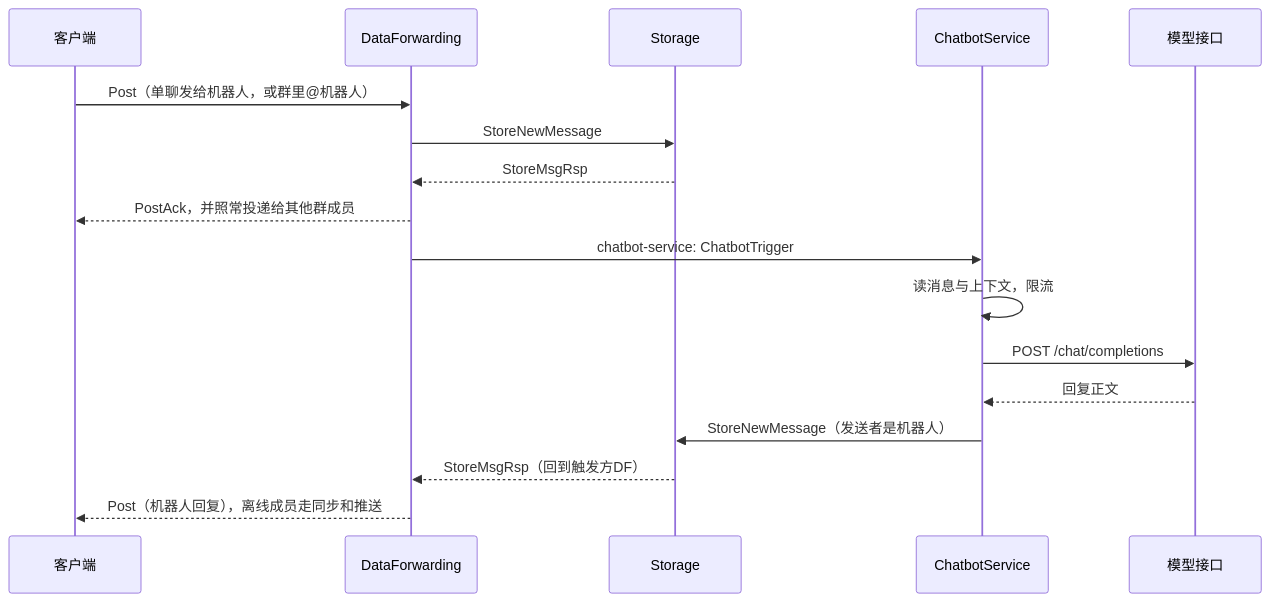
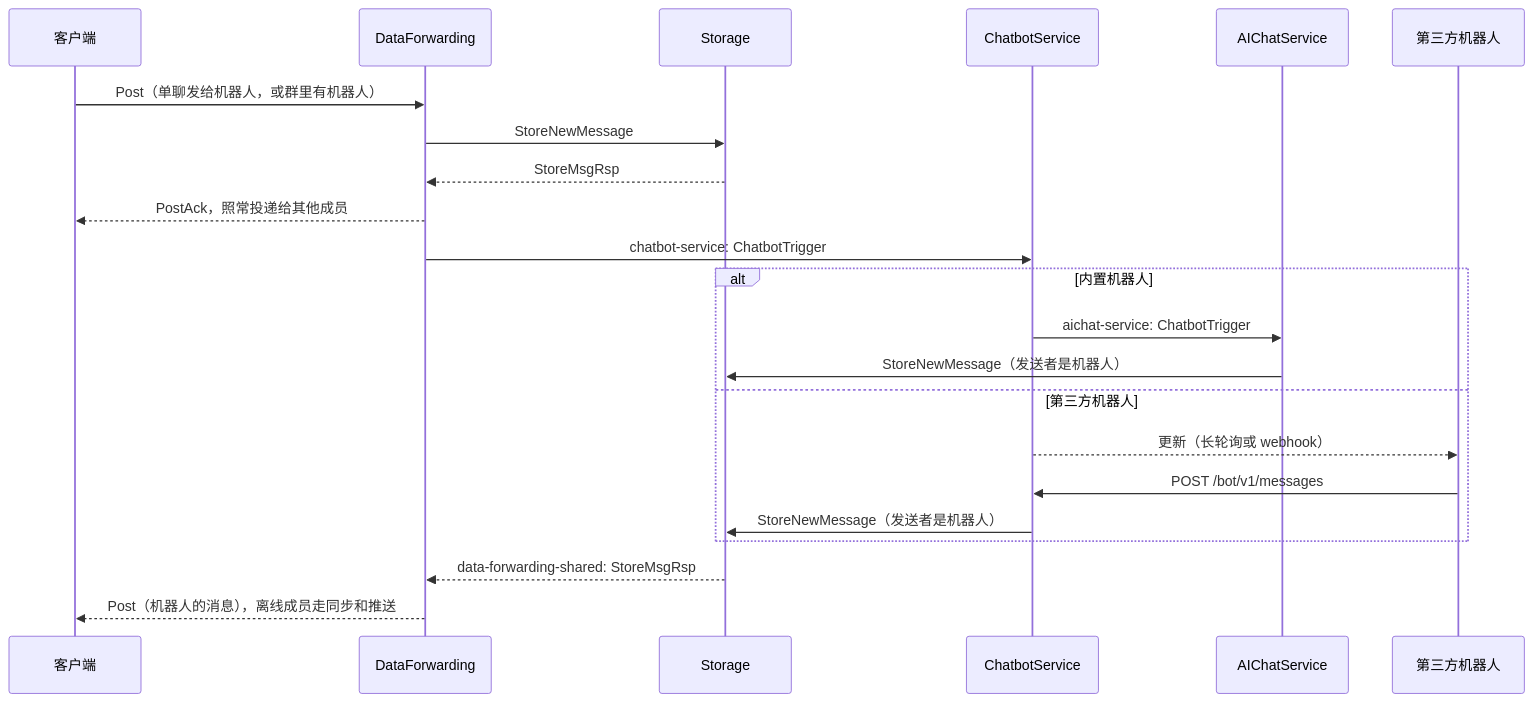
The diagram in docs/CHATBOT.md (Voltline/Betterfly2), drawn with Mermaid before and after one commit. The commit also changed other lines of this file and 11 other files, not shown here.

````diff
--- a/docs/CHATBOT.md
+++ b/docs/CHATBOT.md
@@ -7,19 +14,24 @@
 ```mermaid
 sequenceDiagram
     participant C as 客户端
     participant DF as DataForwarding
     participant S as Storage
-    participant B as ChatbotService
-    participant M as 模型接口
-    C->>DF: Post（单聊发给机器人，或群里@机器人）
+    participant P as ChatbotService
+    participant A as AIChatService
+    participant B as 第三方机器人
+    C->>DF: Post（单聊发给机器人，或群里有机器人）
     DF->>S: StoreNewMessage
     S-->>DF: StoreMsgRsp
-    DF-->>C: PostAck，并照常投递给其他群成员
-    DF->>B: chatbot-service: ChatbotTrigger
-    B->>B: 读消息与上下文，限流
-    B->>M: POST /chat/completions
-    M-->>B: 回复正文
-    B->>S: StoreNewMessage（发送者是机器人）
-    S-->>DF: StoreMsgRsp（回到触发方DF）
-    DF-->>C: Post（机器人回复），离线成员走同步和推送
+    DF-->>C: PostAck，照常投递给其他成员
+    DF->>P: chatbot-service: ChatbotTrigger
+    alt 内置机器人
+        P->>A: aichat-service: ChatbotTrigger
+        A->>S: StoreNewMessage（发送者是机器人）
+    else 第三方机器人
+        P-->>B: 更新（长轮询或 webhook）
+        B->>P: POST /bot/v1/messages
+        P->>S: StoreNewMessage（发送者是机器人）
+    end
+    S-->>DF: data-forwarding-shared: StoreMsgRsp
+    DF-->>C: Post（机器人的消息），离线成员走同步和推送
 ```
````
